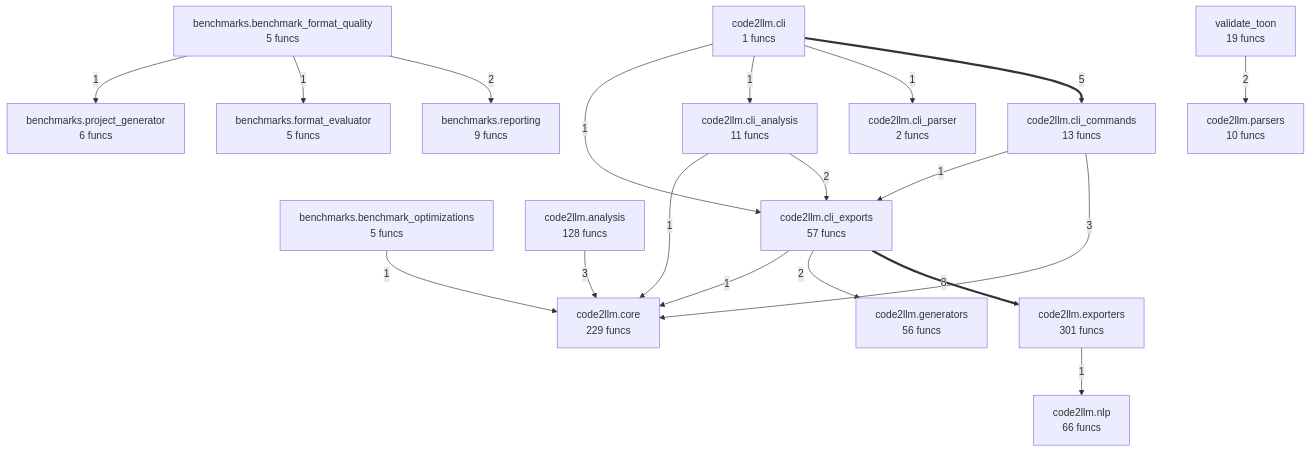
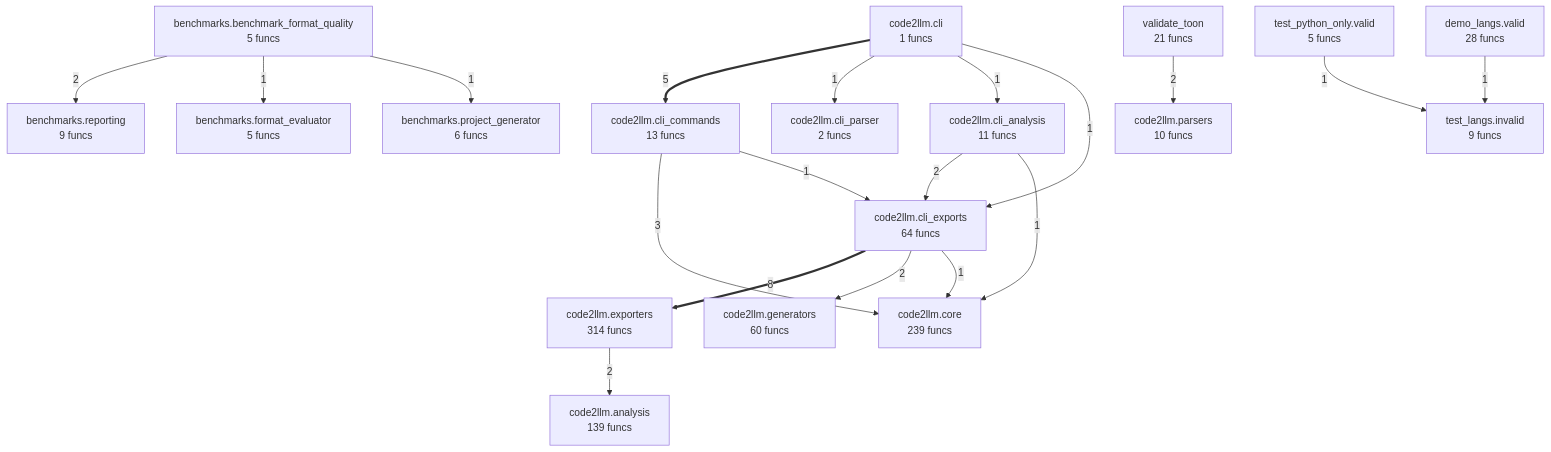
Before and after one commit to wronai/code2flow: the diagram in project/compact_flow.mmd, drawn with Mermaid. The commit also changed 44 other files, not shown here.

```diff
--- a/project/compact_flow.mmd
+++ b/project/compact_flow.mmd
@@ -1,36 +1,37 @@
 flowchart TD
     benchmarks__benchmark_format_quality["benchmarks.benchmark_format_quality<br/>5 funcs"]
-    benchmarks__benchmark_optimizations["benchmarks.benchmark_optimizations<br/>5 funcs"]
     benchmarks__format_evaluator["benchmarks.format_evaluator<br/>5 funcs"]
     benchmarks__project_generator["benchmarks.project_generator<br/>6 funcs"]
     benchmarks__reporting["benchmarks.reporting<br/>9 funcs"]
-    code2llm__analysis["code2llm.analysis<br/>128 funcs"]
+    code2llm__analysis["code2llm.analysis<br/>139 funcs"]
     code2llm__cli["code2llm.cli<br/>1 funcs"]
     code2llm__cli_analysis["code2llm.cli_analysis<br/>11 funcs"]
     code2llm__cli_commands["code2llm.cli_commands<br/>13 funcs"]
-    code2llm__cli_exports["code2llm.cli_exports<br/>57 funcs"]
+    code2llm__cli_exports["code2llm.cli_exports<br/>64 funcs"]
     code2llm__cli_parser["code2llm.cli_parser<br/>2 funcs"]
-    code2llm__core["code2llm.core<br/>229 funcs"]
-    code2llm__exporters["code2llm.exporters<br/>301 funcs"]
-    code2llm__generators["code2llm.generators<br/>56 funcs"]
-    code2llm__nlp["code2llm.nlp<br/>66 funcs"]
+    code2llm__core["code2llm.core<br/>239 funcs"]
+    code2llm__exporters["code2llm.exporters<br/>314 funcs"]
+    code2llm__generators["code2llm.generators<br/>60 funcs"]
     code2llm__parsers["code2llm.parsers<br/>10 funcs"]
-    validate_toon["validate_toon<br/>19 funcs"]
+    demo_langs__valid["demo_langs.valid<br/>28 funcs"]
+    test_langs__invalid["test_langs.invalid<br/>9 funcs"]
+    test_python_only__valid["test_python_only.valid<br/>5 funcs"]
+    validate_toon["validate_toon<br/>21 funcs"]
     code2llm__cli_exports ==>|8| code2llm__exporters
     code2llm__cli ==>|5| code2llm__cli_commands
     code2llm__cli_commands -->|3| code2llm__core
-    code2llm__analysis -->|3| code2llm__core
     validate_toon -->|2| code2llm__parsers
     code2llm__cli_analysis -->|2| code2llm__cli_exports
     benchmarks__benchmark_format_quality -->|2| benchmarks__reporting
+    code2llm__exporters -->|2| code2llm__analysis
     code2llm__cli_exports -->|2| code2llm__generators
-    benchmarks__benchmark_optimizations -->|1| code2llm__core
     code2llm__cli -->|1| code2llm__cli_parser
     code2llm__cli -->|1| code2llm__cli_analysis
     code2llm__cli -->|1| code2llm__cli_exports
     code2llm__cli_analysis -->|1| code2llm__core
+    test_python_only__valid -->|1| test_langs__invalid
     code2llm__cli_commands -->|1| code2llm__cli_exports
     benchmarks__benchmark_format_quality -->|1| benchmarks__format_evaluator
     benchmarks__benchmark_format_quality -->|1| benchmarks__project_generator
-    code2llm__exporters -->|1| code2llm__nlp
     code2llm__cli_exports -->|1| code2llm__core
+    demo_langs__valid -->|1| test_langs__invalid
```
